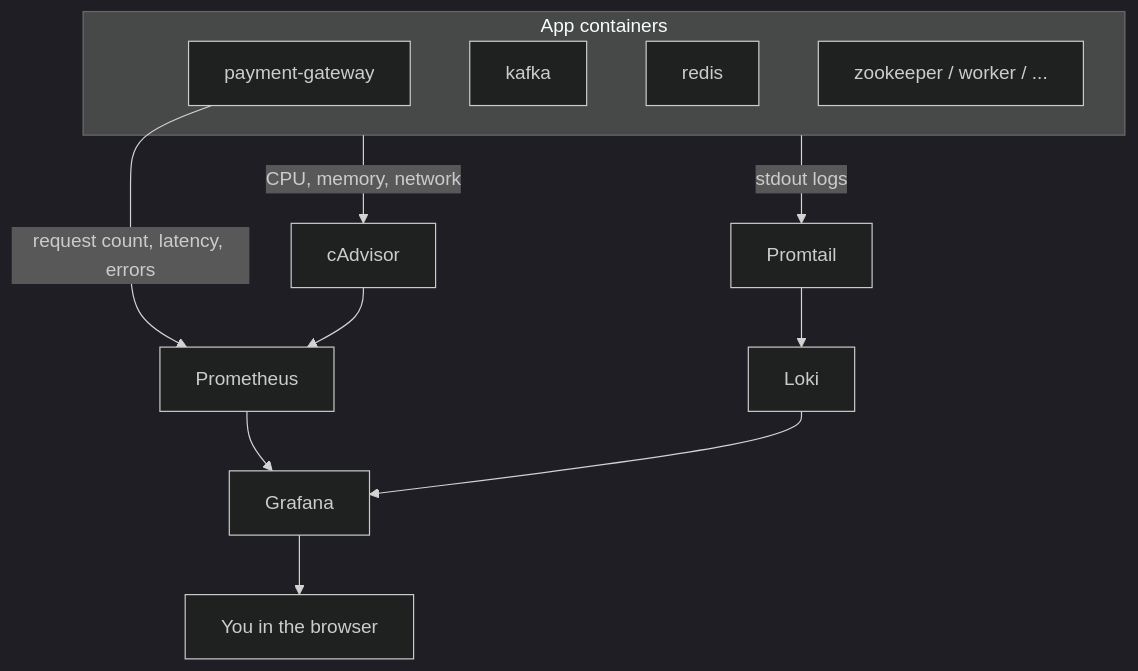
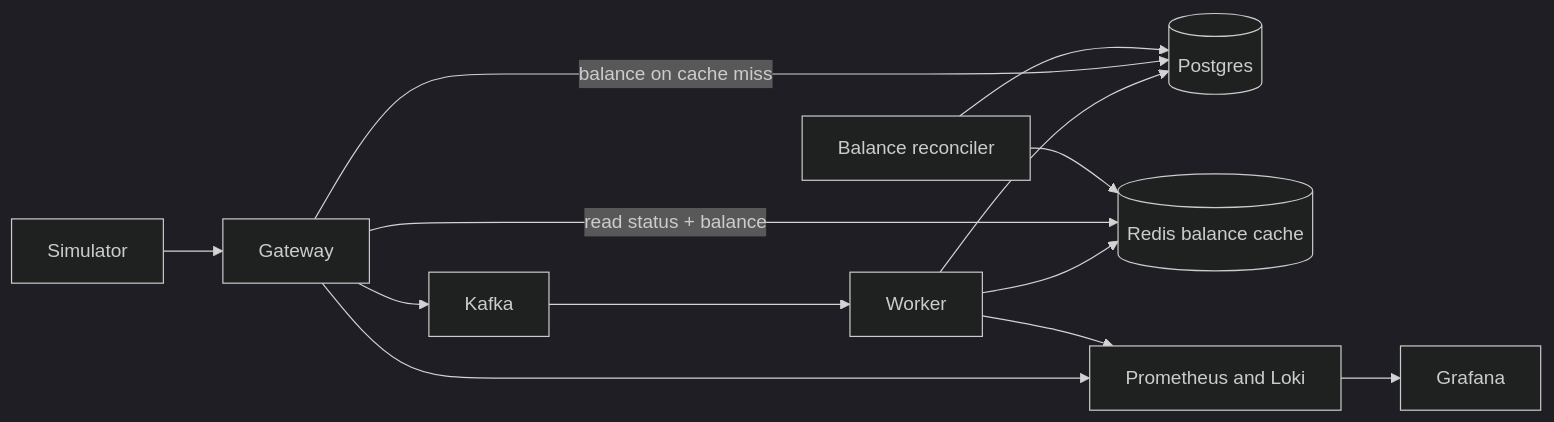
Before and after one commit to David-Kimhi/safepay-notifier: the diagram in monitoring/README.md, drawn with Mermaid (dark theme). The commit also changed other lines of this file, not shown here.

````diff
--- a/monitoring/README.md
+++ b/monitoring/README.md
@@ -17,26 +17,15 @@
 ```mermaid
-flowchart TD
-    subgraph apps [App containers]
-        PG[payment-gateway]
-        K[kafka]
-        R[redis]
-        Others[zookeeper / worker / ...]
-    end
-
-    CA[cAdvisor]
-    PT[Promtail]
-    PROM[Prometheus]
-    LOKI[Loki]
-    GRAF[Grafana]
-
-    apps -->|CPU, memory, network| CA
-    PG -->|request count, latency, errors| PROM
-    apps -->|stdout logs| PT
-
-    CA --> PROM
-    PT --> LOKI
-
-    PROM --> GRAF
-    LOKI --> GRAF
-    GRAF --> Browser[You in the browser]
+flowchart LR
+    S[Simulator] --> G[Gateway]
+    G --> K[Kafka]
+    K --> W[Worker]
+    W --> P[(Postgres)]
+    W --> R[(Redis balance cache)]
+    G -->|read status + balance| R
+    G -->|balance on cache miss| P
+    J[Balance reconciler] --> P
+    J --> R
+    G --> O[Prometheus and Loki]
+    W --> O
+    O --> F[Grafana]
 ```
````
